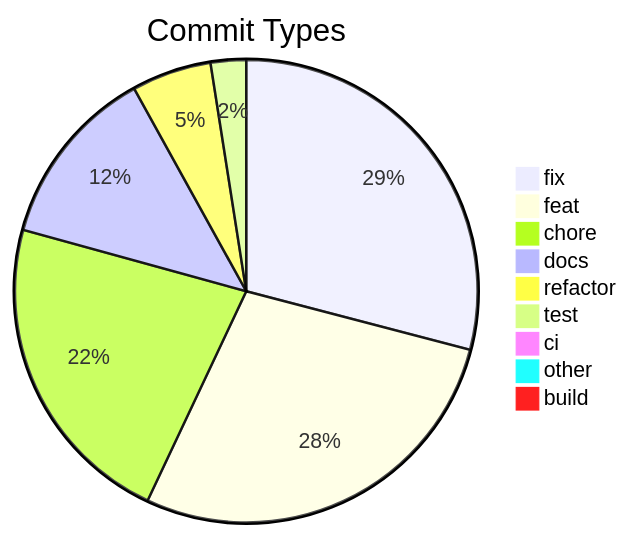
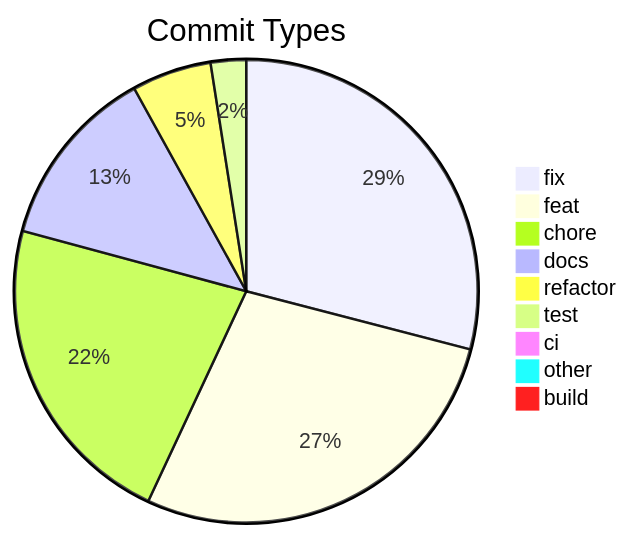
One commit to svenroth-ai/shipwright changed the diagram in .shipwright/compliance/change-history.md. Above: the diagram before and after it, drawn with Mermaid. The commit also changed other lines of this file and 18 other files, not shown here.

````diff
--- a/.shipwright/compliance/change-history.md
+++ b/.shipwright/compliance/change-history.md
@@ -8,12 +8,12 @@
 ```mermaid
 pie title Commit Types
     "fix" : 282
     "feat" : 271
     "chore" : 216
-    "docs" : 123
+    "docs" : 124
     "refactor" : 54
     "test" : 24
     "ci" : 7
     "other" : 7
     "build" : 1
 ```
````
